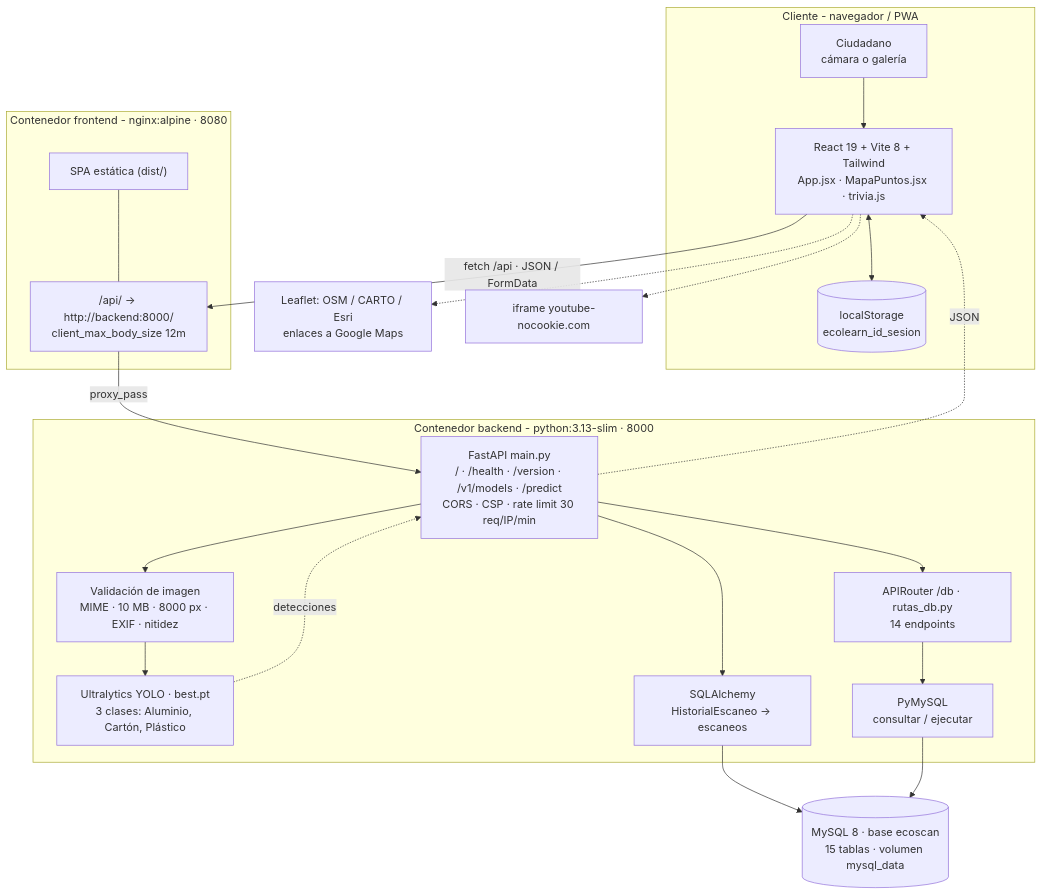
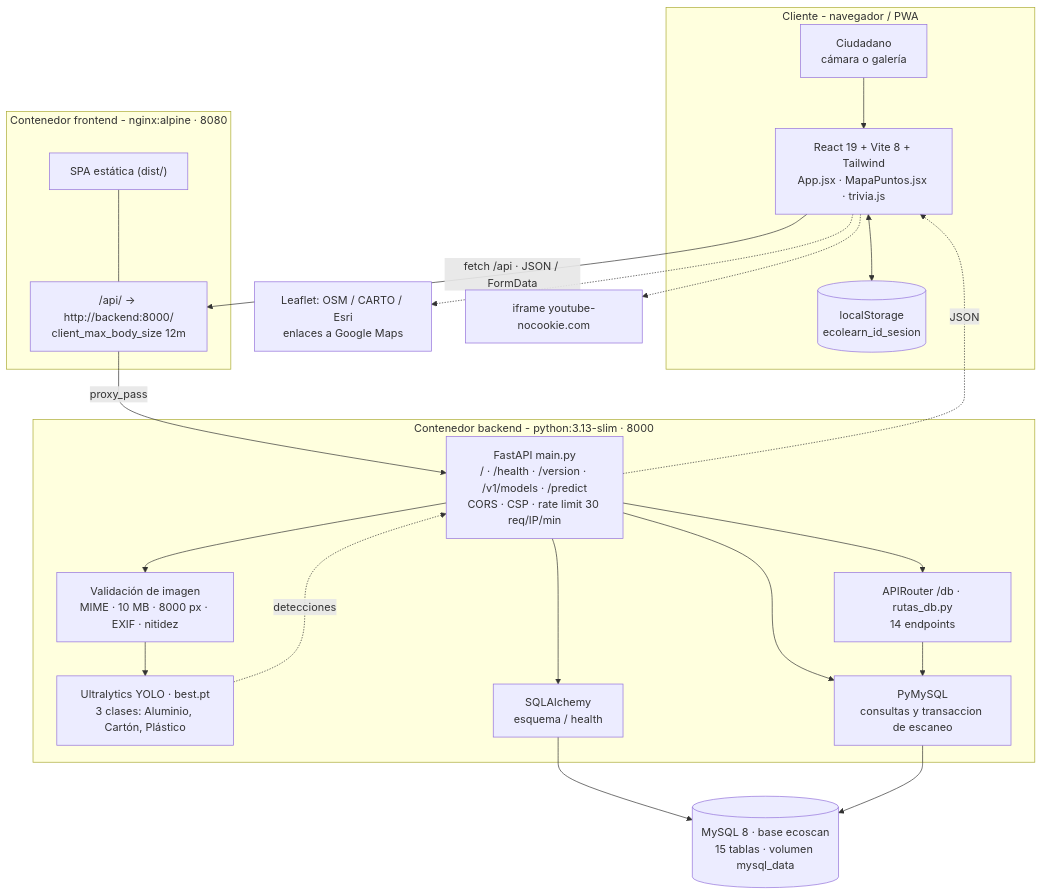
Before and after one commit to WiChanillao/Capstone_007: the diagram in Fase 3/README.md, drawn with Mermaid. The commit also changed 18 other files, not shown here.

````diff
--- a/Fase 3/README.md
+++ b/Fase 3/README.md
@@ -26,41 +26,42 @@
 ```mermaid
 flowchart TB
     subgraph CLIENTE["Cliente - navegador / PWA"]
         USUARIO["Ciudadano<br/>cámara o galería"]
         SPA["React 19 + Vite 8 + Tailwind<br/>App.jsx · MapaPuntos.jsx · trivia.js"]
         SESION[("localStorage<br/>ecolearn_id_sesion")]
         USUARIO --> SPA
         SPA <--> SESION
     end
 
     subgraph FRONTEND["Contenedor frontend - nginx:alpine · 8080"]
         NGINX["/api/ → http://backend:8000/<br/>client_max_body_size 12m"]
         ESTATICO["SPA estática (dist/)"]
         ESTATICO --- NGINX
     end
 
     subgraph BACKEND["Contenedor backend - python:3.13-slim · 8000"]
         API["FastAPI main.py<br/>/ · /health · /version · /v1/models · /predict<br/>CORS · CSP · rate limit 30 req/IP/min"]
         RUTAS["APIRouter /db · rutas_db.py<br/>14 endpoints"]
         IMAGEN["Validación de imagen<br/>MIME · 10 MB · 8000 px · EXIF · nitidez"]
         MODELO["Ultralytics YOLO · best.pt<br/>3 clases: Aluminio, Cartón, Plástico"]
-        ORM["SQLAlchemy<br/>HistorialEscaneo → escaneos"]
-        PYMYSQL["PyMySQL<br/>consultar / ejecutar"]
+        ORM["SQLAlchemy<br/>esquema / health"]
+        PYMYSQL["PyMySQL<br/>consultas y transaccion de escaneo"]
         API --> IMAGEN --> MODELO
         API --> ORM
+        API --> PYMYSQL
         API --> RUTAS --> PYMYSQL
     end
 
     MYSQL[("MySQL 8 · base ecoscan<br/>15 tablas · volumen mysql_data")]
     MAPAS["Leaflet: OSM / CARTO / Esri<br/>enlaces a Google Maps"]
     VIDEOS["iframe youtube-nocookie.com"]
 
     SPA -->|"fetch /api · JSON / FormData"| NGINX
     NGINX -->|"proxy_pass"| API
     SPA -.-> MAPAS
     SPA -.-> VIDEOS
     ORM --> MYSQL
     PYMYSQL --> MYSQL
     MODELO -.->|"detecciones"| API
     API -.->|"JSON"| SPA
 ```
````
